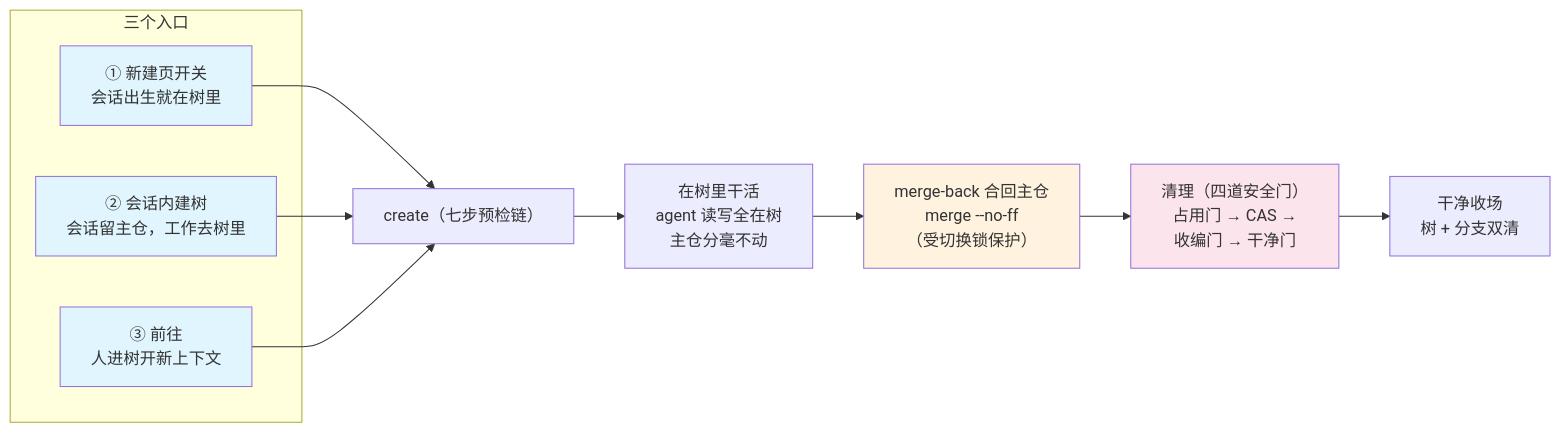
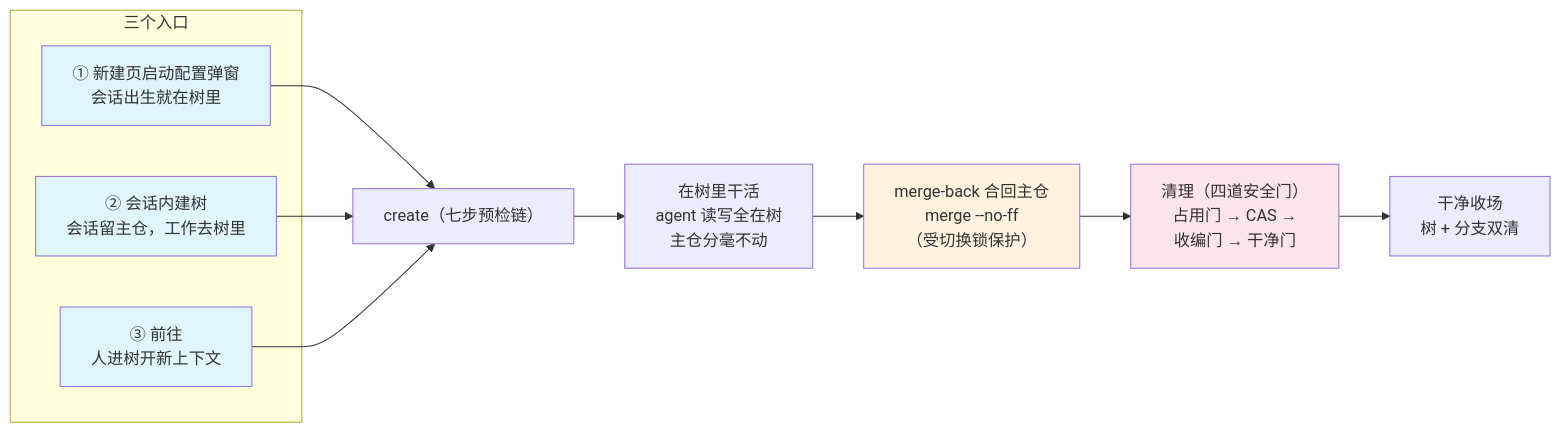
Before and after one commit to renxqoo/x-harness: the second of 5 diagrams in docs/SESSION-WORKTREE-WORKFLOW-DIAGRAMS.md, drawn with Mermaid. The commit also changed other lines of this file and 51 other files, not shown here.

````diff
--- a/docs/SESSION-WORKTREE-WORKFLOW-DIAGRAMS.md
+++ b/docs/SESSION-WORKTREE-WORKFLOW-DIAGRAMS.md
@@ -53,23 +53,23 @@
 ```mermaid
 flowchart LR
     subgraph ENTRY["三个入口"]
-        A["① 新建页开关<br/>会话出生就在树里"]
+        A["① 新建页启动配置弹窗<br/>会话出生就在树里"]
         B["② 会话内建树<br/>会话留主仓，工作去树里"]
         C["③ 前往<br/>人进树开新上下文"]
     end
 
     CREATE["create（七步预检链）"] --> WORK["在树里干活<br/>agent 读写全在树<br/>主仓分毫不动"]
     WORK --> MERGE["merge-back 合回主仓<br/>merge --no-ff<br/>（受切换锁保护）"]
     MERGE --> CLEAN["清理（四道安全门）<br/>占用门 → CAS →<br/>收编门 → 干净门"]
     CLEAN --> DONE["干净收场<br/>树 + 分支双清"]
 
     A --> CREATE
     B --> CREATE
     C --> CREATE
 
     style A fill:#e1f5fe
     style B fill:#e1f5fe
     style C fill:#e1f5fe
     style MERGE fill:#fff3e0
     style CLEAN fill:#fce4ec
 ```
````
